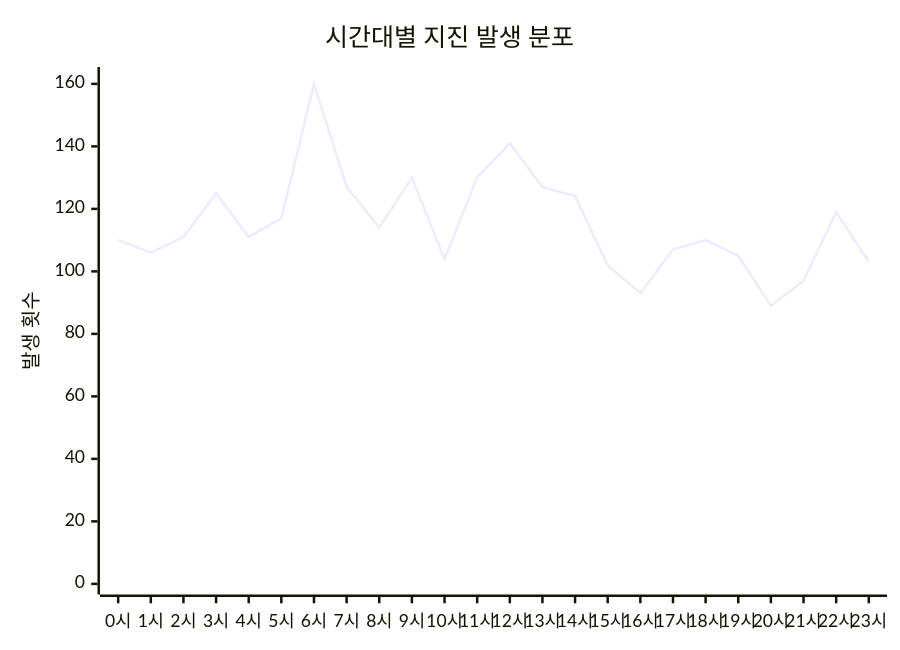
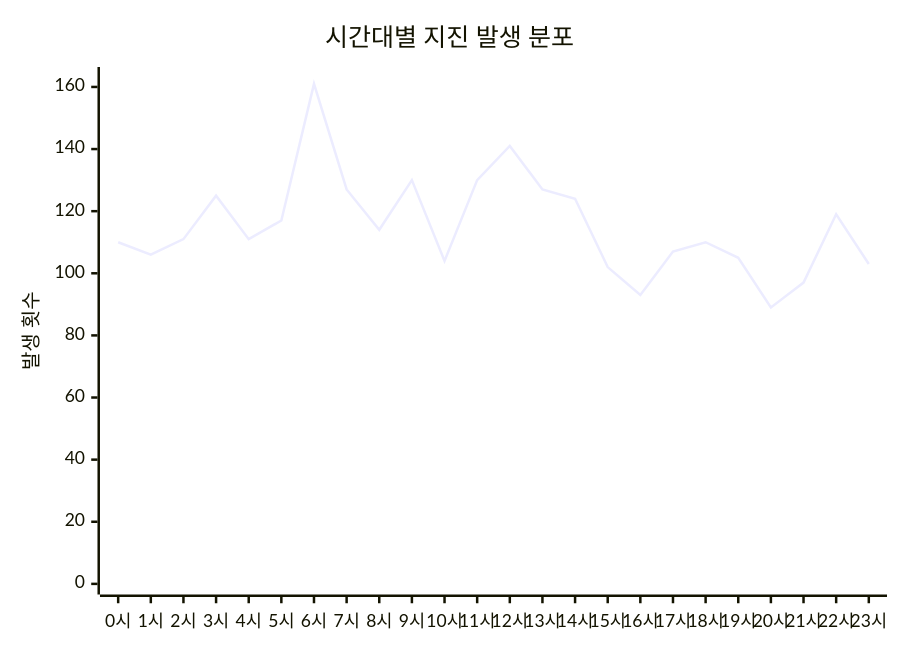
Before and after one commit to serendip811/japan-eq: the diagram in charts/time-chart.md, drawn with Mermaid. The commit also changed other lines of this file and 5 other files, not shown here.

Commit message:
Update earthquake data and charts Sun Oct  5 07:03:53 UTC 2025

````diff
--- a/charts/time-chart.md
+++ b/charts/time-chart.md
@@ -3,7 +3,7 @@
 ```mermaid
 xychart-beta
     title "시간대별 지진 발생 분포"
     x-axis ["0시", "1시", "2시", "3시", "4시", "5시", "6시", "7시", "8시", "9시", "10시", "11시", "12시", "13시", "14시", "15시", "16시", "17시", "18시", "19시", "20시", "21시", "22시", "23시"]
-    y-axis "발생 횟수" 0 --> 162
-    line [110, 106, 111, 125, 111, 117, 160, 127, 114, 130, 104, 130, 141, 127, 124, 102, 93, 107, 110, 105, 89, 97, 119, 103]
+    y-axis "발생 횟수" 0 --> 163
+    line [110, 106, 111, 125, 111, 117, 161, 127, 114, 130, 104, 130, 141, 127, 124, 102, 93, 107, 110, 105, 89, 97, 119, 103]
 ```
````
